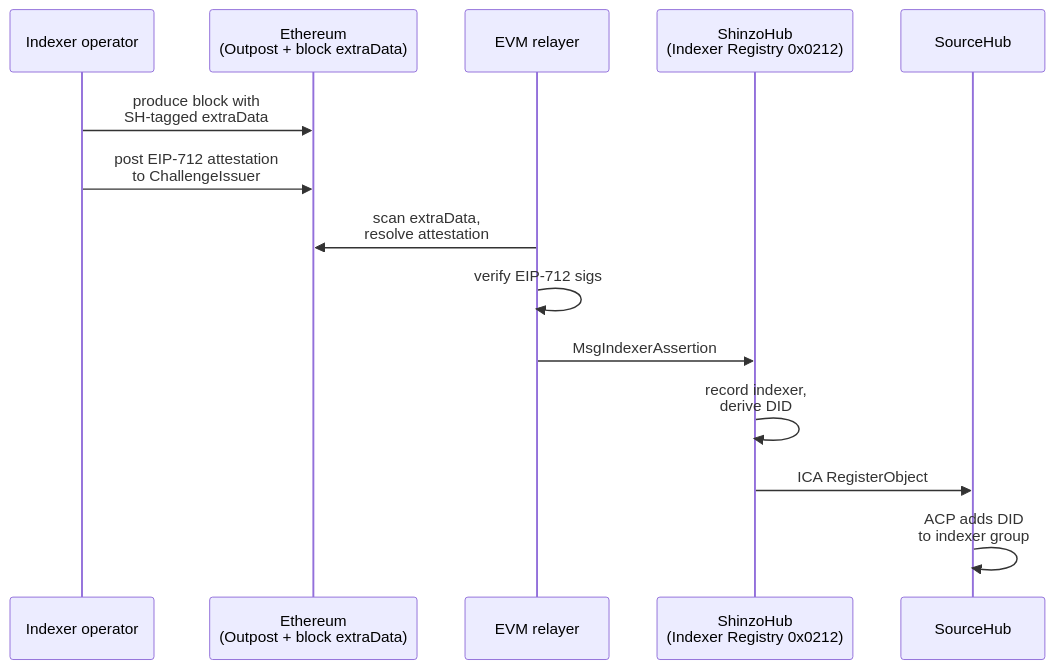
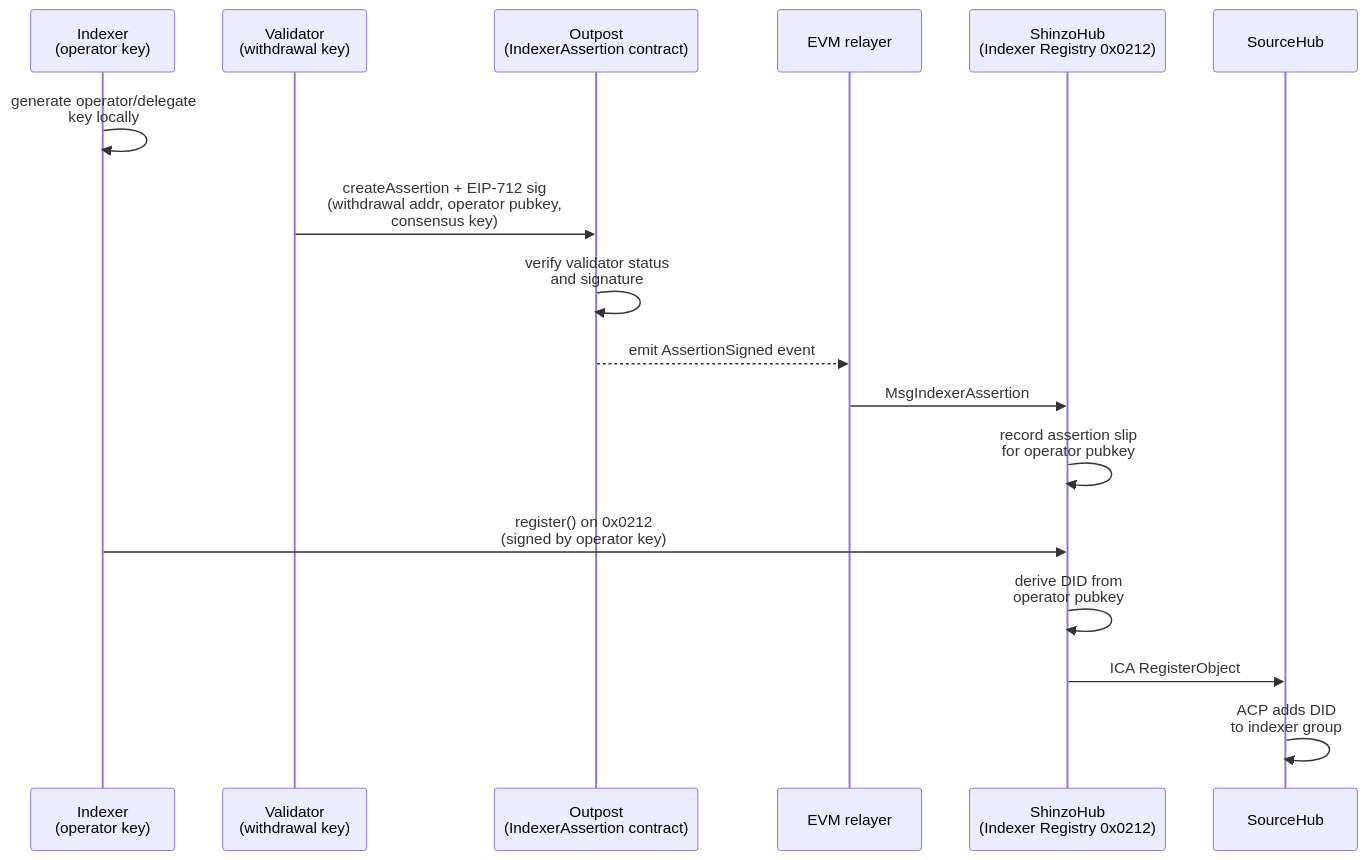
One commit to shinzonetwork/docs changed the third of 5 diagrams in content/reference/architecture-overview/index.mdx. Above: the diagram before and after it, drawn with Mermaid. The commit also changed other lines of this file, not shown here.

Commit message:
Rewrites indexer registration flow for assertion v2.

````diff
--- a/content/reference/architecture-overview/index.mdx
+++ b/content/reference/architecture-overview/index.mdx
@@ -212,17 +212,20 @@
 ```mermaid
 sequenceDiagram
-  participant Op as Indexer operator
-  participant Eth as Ethereum<br/>(Outpost + block extraData)
+  participant Idx as Indexer<br/>(operator key)
+  participant Wd as Validator<br/>(withdrawal key)
+  participant Out as Outpost<br/>(IndexerAssertion contract)
   participant Rel as EVM relayer
   participant SH as ShinzoHub<br/>(Indexer Registry 0x0212)
   participant Source as SourceHub
 
-  Op->>Eth: produce block with<br/>SH-tagged extraData
-  Op->>Eth: post EIP-712 attestation<br/>to ChallengeIssuer
-  Rel->>Eth: scan extraData,<br/>resolve attestation
-  Rel->>Rel: verify EIP-712 sigs
+  Idx->>Idx: generate operator/delegate<br/>key locally
+  Wd->>Out: createAssertion + EIP-712 sig<br/>(withdrawal addr, operator pubkey,<br/>consensus key)
+  Out->>Out: verify validator status<br/>and signature
+  Out-->>Rel: emit AssertionSigned event
   Rel->>SH: MsgIndexerAssertion
-  SH->>SH: record indexer,<br/>derive DID
+  SH->>SH: record assertion slip<br/>for operator pubkey
+  Idx->>SH: register() on 0x0212<br/>(signed by operator key)
+  SH->>SH: derive DID from<br/>operator pubkey
   SH->>Source: ICA RegisterObject
   Source->>Source: ACP adds DID<br/>to indexer group
 ```
````
